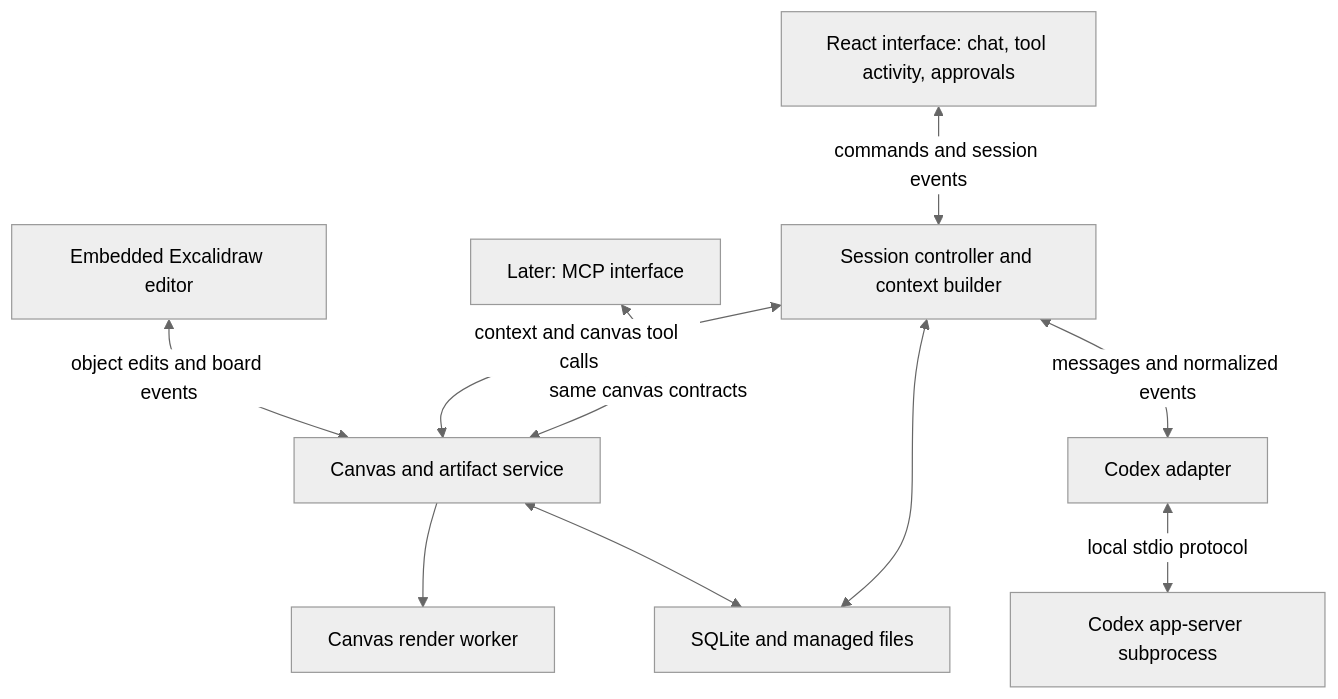
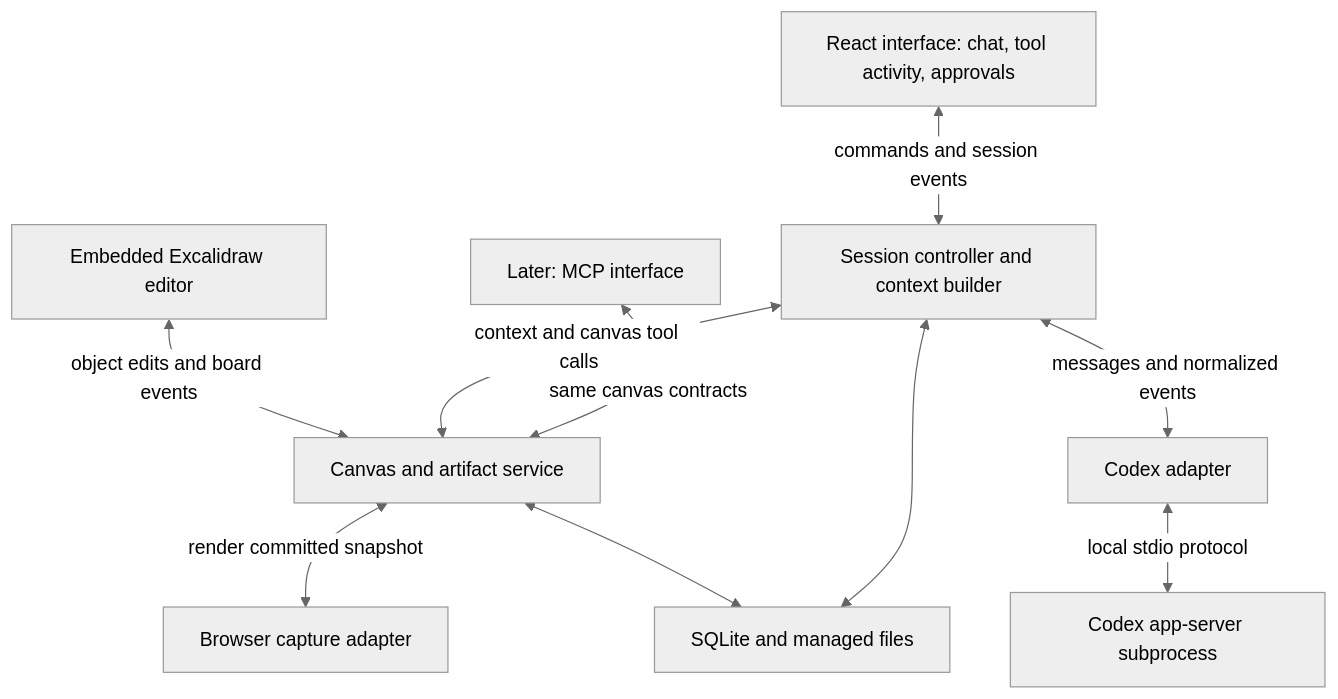
The diagram in docs/architecture.md (erhuve/canvagent), drawn with Mermaid (neutral theme) before and after one commit. The commit also changed other lines of this file and 4 other files, not shown here.

````diff
--- a/docs/architecture.md
+++ b/docs/architecture.md
@@ -19,22 +19,22 @@
 ```mermaid
 flowchart TB
     UI["React interface: chat, tool activity, approvals"]
     EC["Embedded Excalidraw editor"]
     SC["Session controller and context builder"]
     CS["Canvas and artifact service"]
     RA["Codex adapter"]
     RT["Codex app-server subprocess"]
-    RW["Canvas render worker"]
+    RW["Browser capture adapter"]
     DB["SQLite and managed files"]
     MCP["Later: MCP interface"]
 
     UI <-->|"commands and session events"| SC
     EC <-->|"object edits and board events"| CS
     SC <-->|"context and canvas tool calls"| CS
     SC <-->|"messages and normalized events"| RA
     RA <-->|"local stdio protocol"| RT
-    CS --> RW
+    CS <-->|"render committed snapshot"| RW
     CS <--> DB
     SC <--> DB
     MCP <-->|"same canvas contracts"| CS
 ```
````
